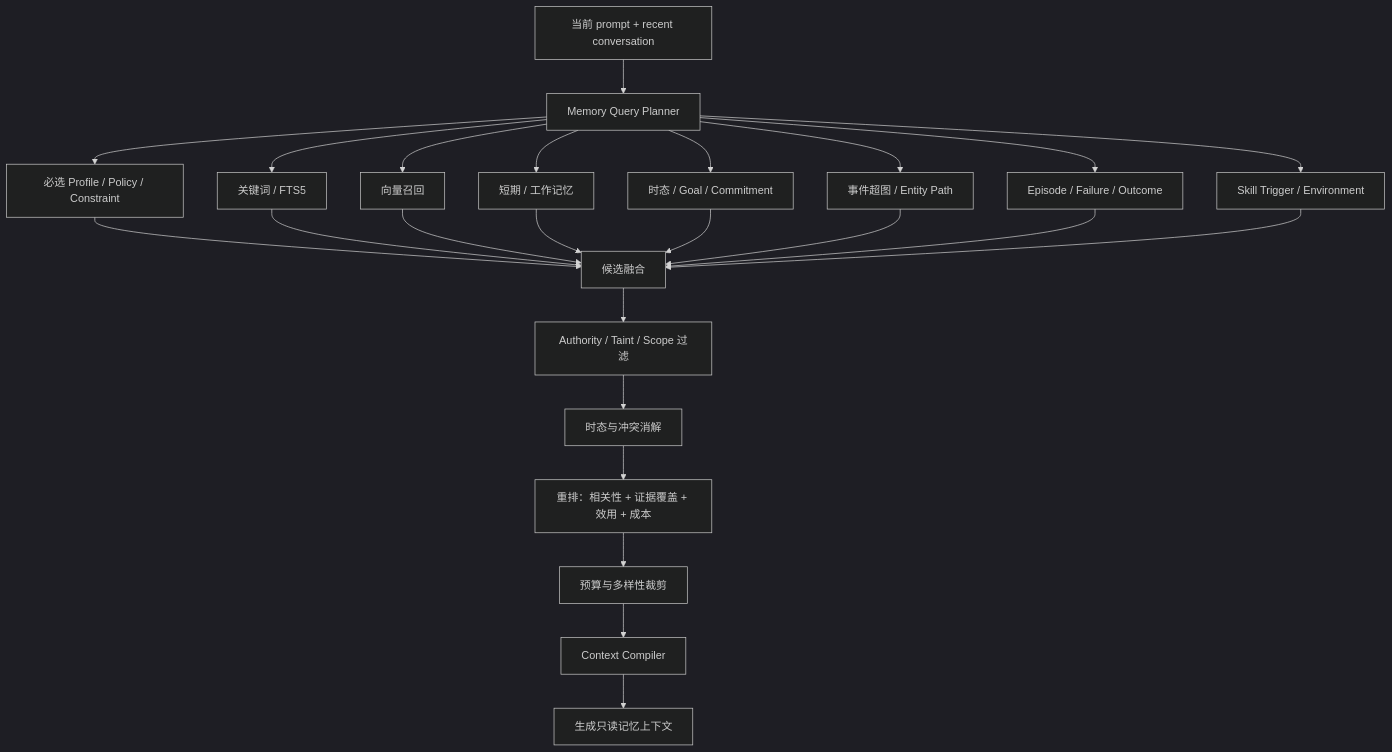
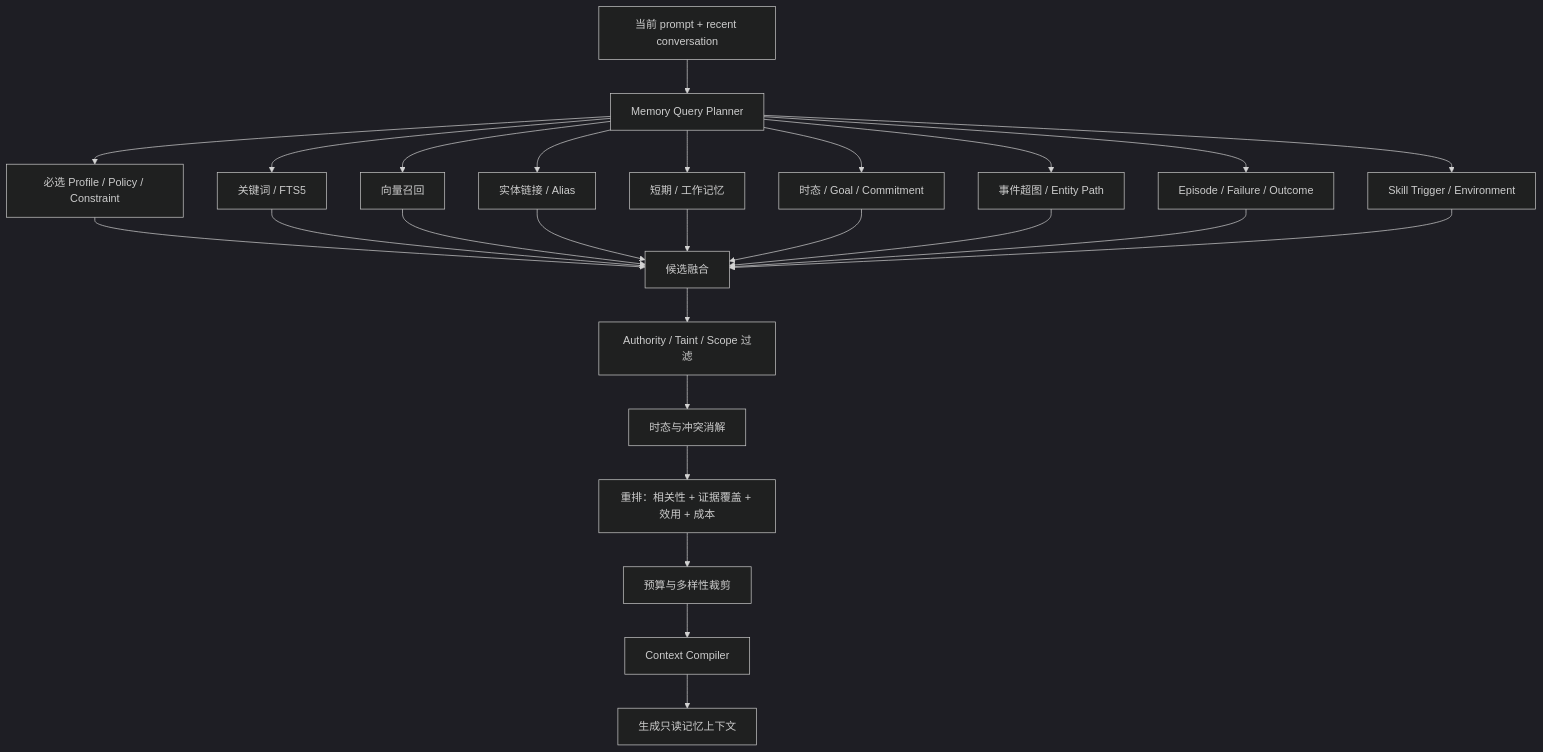
One commit to linlangli/AxiomRuntime changed the fifth of 6 diagrams in docs/memory-system-spec.md. Above: the diagram before and after it, drawn with Mermaid (dark theme). The commit also changed other lines of this file and 13 other files, not shown here.

````diff
--- a/docs/memory-system-spec.md
+++ b/docs/memory-system-spec.md
@@ -1287,26 +1507,28 @@
 ```mermaid
 flowchart TD
   Prompt["当前 prompt + recent conversation"] --> Planner["Memory Query Planner"]
   Planner --> Required["必选 Profile / Policy / Constraint"]
   Planner --> Keyword["关键词 / FTS5"]
   Planner --> Vector["向量召回"]
+  Planner --> Entity["实体链接 / Alias"]
   Planner --> Recent["短期 / 工作记忆"]
   Planner --> Temporal["时态 / Goal / Commitment"]
   Planner --> Graph["事件超图 / Entity Path"]
   Planner --> Episode["Episode / Failure / Outcome"]
   Planner --> Skill["Skill Trigger / Environment"]
   Required --> Merge["候选融合"]
   Keyword --> Merge
   Vector --> Merge
+  Entity --> Merge
   Recent --> Merge
   Temporal --> Merge
   Graph --> Merge
   Episode --> Merge
   Skill --> Merge
   Merge --> Authority["Authority / Taint / Scope 过滤"]
   Authority --> Conflict["时态与冲突消解"]
   Conflict --> Rank["重排：相关性 + 证据覆盖 + 效用 + 成本"]
   Rank --> Budget["预算与多样性裁剪"]
   Budget --> Compile["Context Compiler"]
   Compile --> Inject["生成只读记忆上下文"]
 ```
````
